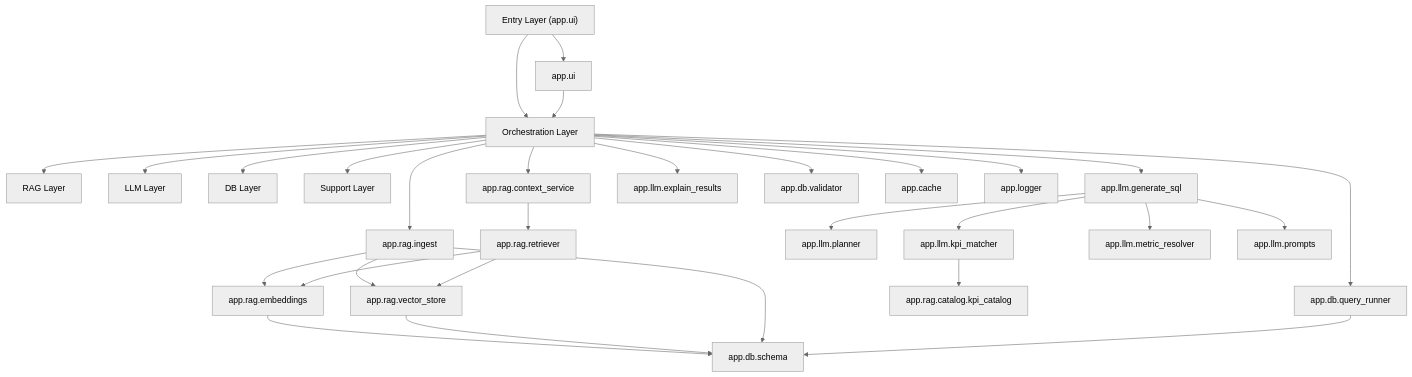
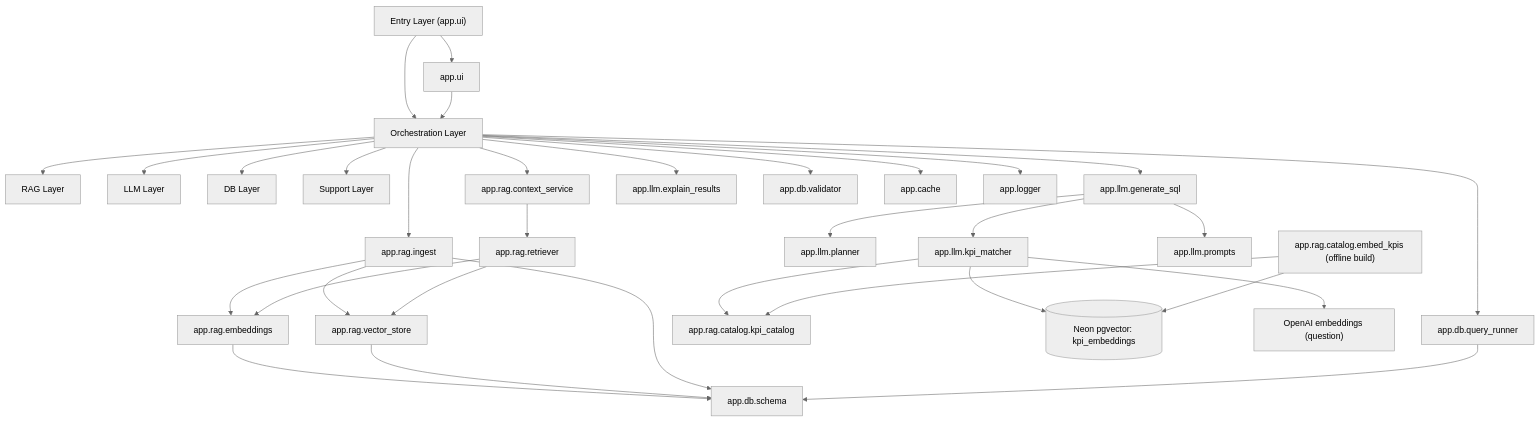
Before and after one commit to alikhanzadi/sql_llm: the diagram in docs/module_call_graph.md, drawn with Mermaid (neutral theme). The commit also changed other lines of this file and 14 other files, not shown here.

First line of the commit message:
Add embedding-shortlist KPI matcher (Neon pgvector)

````diff
--- a/docs/module_call_graph.md
+++ b/docs/module_call_graph.md
@@ -5,39 +5,42 @@
 ```mermaid
 flowchart TB
   E0["Entry Layer (app.ui)"] --> O0["Orchestration Layer"]
   O0 --> R0["RAG Layer"]
   O0 --> L0["LLM Layer"]
   O0 --> D0["DB Layer"]
   O0 --> X0["Support Layer"]
 
   E0 --> U0["app.ui"]
   U0 --> O0
 
   O0 --> RI["app.rag.ingest"]
   O0 --> RC["app.rag.context_service"]
   O0 --> LG["app.llm.generate_sql"]
   O0 --> LE["app.llm.explain_results"]
   O0 --> DV["app.db.validator"]
   O0 --> DQ["app.db.query_runner"]
   O0 --> CA["app.cache"]
   O0 --> LO["app.logger"]
 
   RC --> RR["app.rag.retriever"]
   RI --> RE["app.rag.embeddings"]
   RI --> RV["app.rag.vector_store"]
 
   RR --> RE
   RR --> RV
 
   LG --> LP["app.llm.planner"]
   LG --> LK["app.llm.kpi_matcher"]
-  LG --> LM["app.llm.metric_resolver"]
   LG --> LPR["app.llm.prompts"]
 
   LK --> KC["app.rag.catalog.kpi_catalog"]
+  LK --> KV[("Neon pgvector: kpi_embeddings")]
+  LK --> OE["OpenAI embeddings (question)"]
+  EK["app.rag.catalog.embed_kpis (offline build)"] --> KV
+  EK --> KC
 
   RE --> DS["app.db.schema"]
   RV --> DS
   RI --> DS
   DQ --> DS
 ```
````
